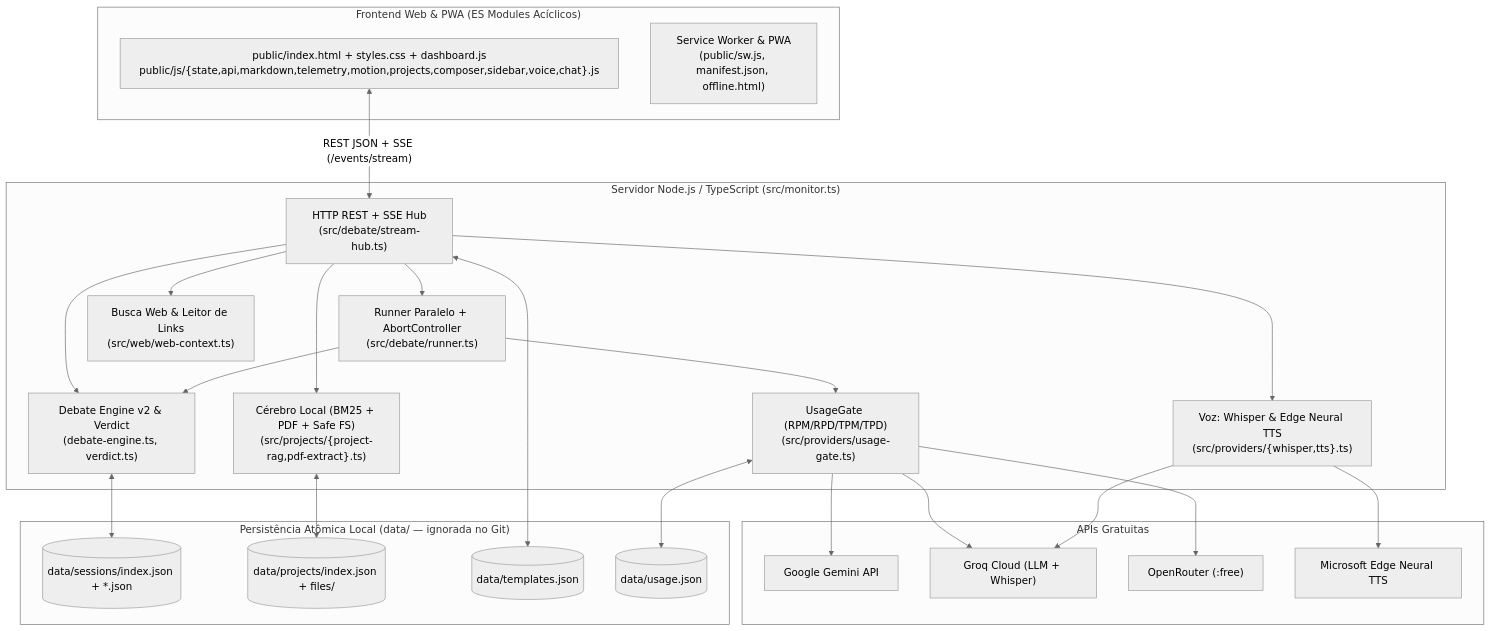
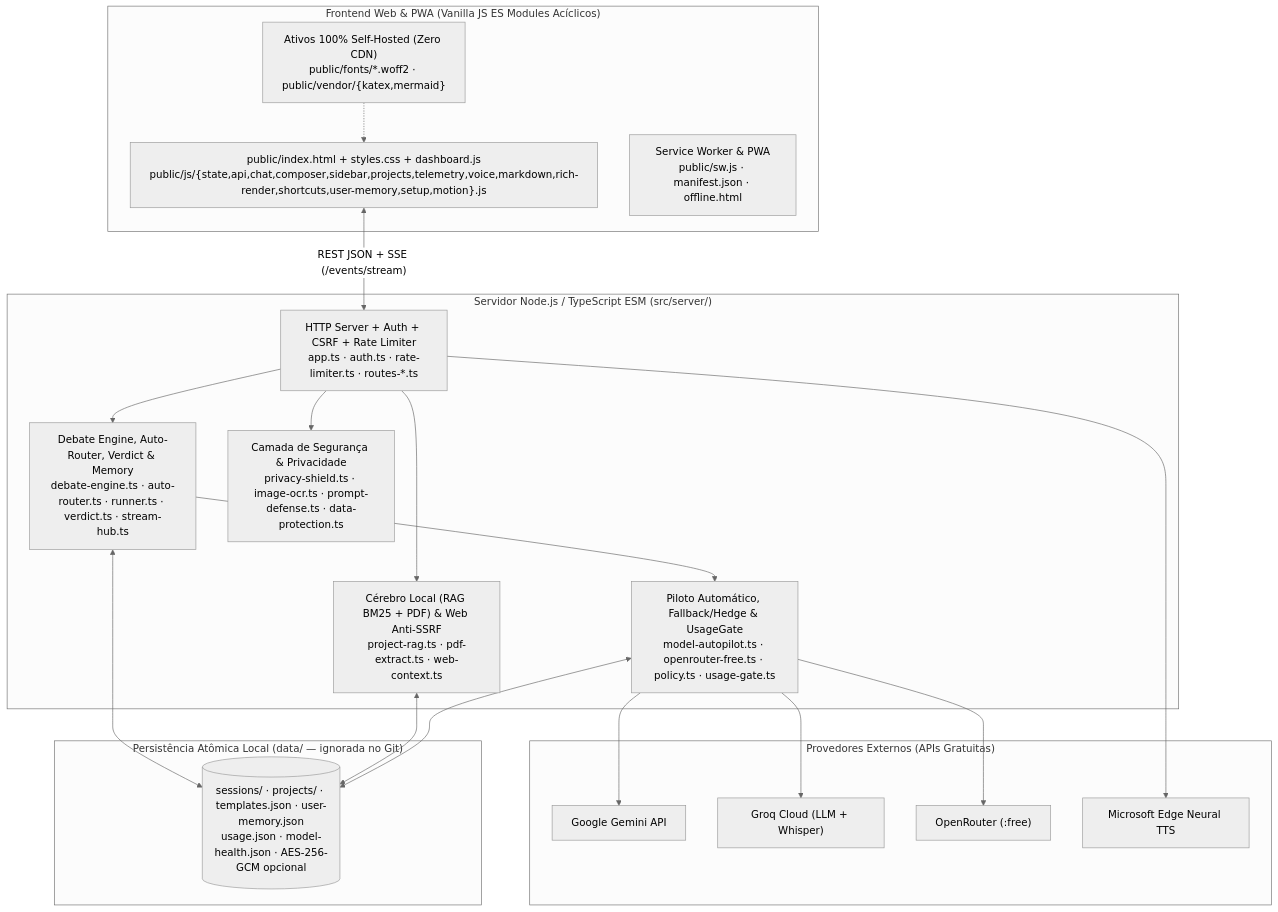
The diagram in README.md (justtem/Triade), drawn with Mermaid (neutral theme) before and after one commit. The commit also changed other lines of this file and 1 other file, not shown here.

Commit message:
docs: atualiza README e SECURITY para portfólio

````diff
--- a/README.md
+++ b/README.md
@@ -56,49 +67,41 @@
 ```mermaid
 flowchart TB
-    subgraph Client["Frontend Web & PWA (ES Modules Acíclicos)"]
-        UI["public/index.html + styles.css + dashboard.js<br/>public/js/{state,api,markdown,telemetry,motion,projects,composer,sidebar,voice,chat}.js"]
-        SW["Service Worker & PWA<br/>(public/sw.js, manifest.json, offline.html)"]
+    subgraph Client["Frontend Web & PWA (Vanilla JS ES Modules Acíclicos)"]
+        UI["public/index.html + styles.css + dashboard.js<br/>public/js/{state,api,chat,composer,sidebar,projects,telemetry,voice,markdown,rich-render,shortcuts,user-memory,setup,motion}.js"]
+        Vendor["Ativos 100% Self-Hosted (Zero CDN)<br/>public/fonts/*.woff2 · public/vendor/{katex,mermaid}"]
+        SW["Service Worker & PWA<br/>public/sw.js · manifest.json · offline.html"]
     end
 
-    subgraph Server["Servidor Node.js / TypeScript (src/monitor.ts)"]
-        HTTP["HTTP REST + SSE Hub<br/>(src/debate/stream-hub.ts)"]
-        Engine["Debate Engine v2 & Verdict<br/>(debate-engine.ts, verdict.ts)"]
-        Runner["Runner Paralelo + AbortController<br/>(src/debate/runner.ts)"]
-        ProjRAG["Cérebro Local (BM25 + PDF + Safe FS)<br/>(src/projects/{project-rag,pdf-extract}.ts)"]
-        WebCtx["Busca Web & Leitor de Links<br/>(src/web/web-context.ts)"]
-        Audio["Voz: Whisper & Edge Neural TTS<br/>(src/providers/{whisper,tts}.ts)"]
-        Gate["UsageGate (RPM/RPD/TPM/TPD)<br/>(src/providers/usage-gate.ts)"]
+    subgraph Server["Servidor Node.js / TypeScript ESM (src/server/)"]
+        HTTP["HTTP Server + Auth + CSRF + Rate Limiter<br/>app.ts · auth.ts · rate-limiter.ts · routes-*.ts"]
+        Engine["Debate Engine, Auto-Router, Verdict & Memory<br/>debate-engine.ts · auto-router.ts · runner.ts · verdict.ts · stream-hub.ts"]
+        Security["Camada de Segurança & Privacidade<br/>privacy-shield.ts · image-ocr.ts · prompt-defense.ts · data-protection.ts"]
+        RAG["Cérebro Local (RAG BM25 + PDF) & Web Anti-SSRF<br/>project-rag.ts · pdf-extract.ts · web-context.ts"]
+        Providers["Piloto Automático, Fallback/Hedge & UsageGate<br/>model-autopilot.ts · openrouter-free.ts · policy.ts · usage-gate.ts"]
     end
 
-    subgraph External["APIs Gratuitas"]
+    subgraph External["Provedores Externos (APIs Gratuitas)"]
         Gemini["Google Gemini API"]
         Groq["Groq Cloud (LLM + Whisper)"]
         OpenRouter["OpenRouter (:free)"]
         EdgeTTS["Microsoft Edge Neural TTS"]
     end
 
     subgraph Storage["Persistência Atômica Local (data/ — ignorada no Git)"]
-        Sessions[("data/sessions/index.json + *.json")]
-        ProjectsDB[("data/projects/index.json + files/")]
-        TemplatesDB[("data/templates.json")]
-        UsageDB[("data/usage.json")]
+        DB[("sessions/ · projects/ · templates.json · user-memory.json<br/>usage.json · model-health.json · AES-256-GCM opcional")]
     end
 
     UI <-->|"REST JSON + SSE (/events/stream)"| HTTP
+    Vendor -.-> UI
+    HTTP --> Security
     HTTP --> Engine
-    HTTP --> Runner
-    HTTP --> ProjRAG
-    HTTP --> WebCtx
-    HTTP --> Audio
-    Engine <--> Sessions
-    ProjRAG <--> ProjectsDB
-    HTTP <--> TemplatesDB
-    Runner --> Engine
-    Runner --> Gate
-    Gate <--> UsageDB
-    Gate --> Gemini
-    Gate --> Groq
-    Gate --> OpenRouter
-    Audio --> Groq
-    Audio --> EdgeTTS
+    HTTP --> RAG
+    Engine --> Providers
+    Engine <--> DB
+    RAG <--> DB
+    Providers <--> DB
+    Providers --> Gemini
+    Providers --> Groq
+    Providers --> OpenRouter
+    HTTP --> EdgeTTS
 ```
````
